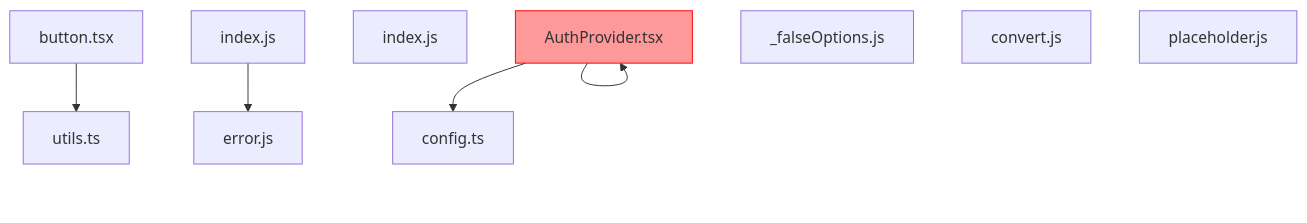
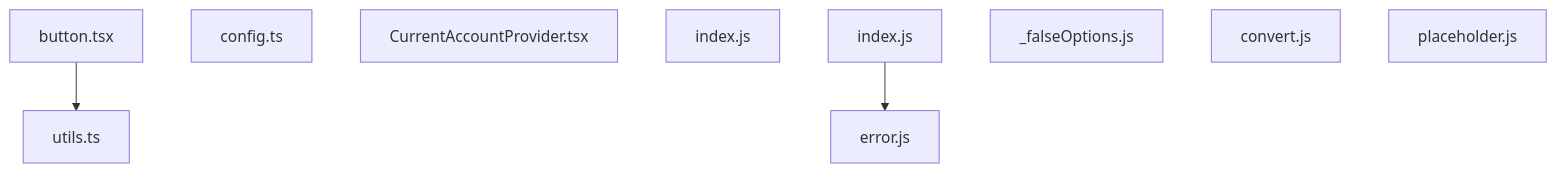
Before and after one commit to WeWriteApp/WeWrite: the diagram in dependency-map.mermaid, drawn with Mermaid. The commit also changed 28 other files, not shown here.

```diff
--- a/dependency-map.mermaid
+++ b/dependency-map.mermaid
@@ -1,21 +1,16 @@
 graph TD
     app_components_ui_button_tsx["button.tsx"]
     app_components_ui_button_tsx --> app_lib_utils_ts
     app_firebase_config_ts["config.ts"]
     app_lib_utils_ts["utils.ts"]
-    app_providers_AuthProvider_tsx["AuthProvider.tsx"]
-    app_providers_AuthProvider_tsx --> app_firebase_config_ts
+    app_providers_CurrentAccountProvider_tsx["CurrentAccountProvider.tsx"]
     functions_node_modules__sinclair_typebox_build_cjs_type_symbols_index_js["index.js"]
     functions_node_modules_firebase_admin_lib_app_index_js["index.js"]
     functions_node_modules_firebase_admin_lib_app_index_js --> functions_node_modules_firebase_admin_lib_utils_error_js
     functions_node_modules_firebase_admin_lib_utils_error_js["error.js"]
     functions_node_modules_lodash_fp__falseOptions_js["_falseOptions.js"]
     functions_node_modules_lodash_fp_convert_js["convert.js"]
     functions_node_modules_lodash_fp_placeholder_js["placeholder.js"]
 
     %% Circular dependencies in red
-    app_providers_AuthProvider_tsx --> app_providers_AuthProvider_tsx
-    class app_providers_AuthProvider_tsx circular
-    app_providers_AuthProvider_tsx --> app_providers_AuthProvider_tsx
-    class app_providers_AuthProvider_tsx circular
     classDef circular fill:#ff9999,stroke:#ff0000
```
